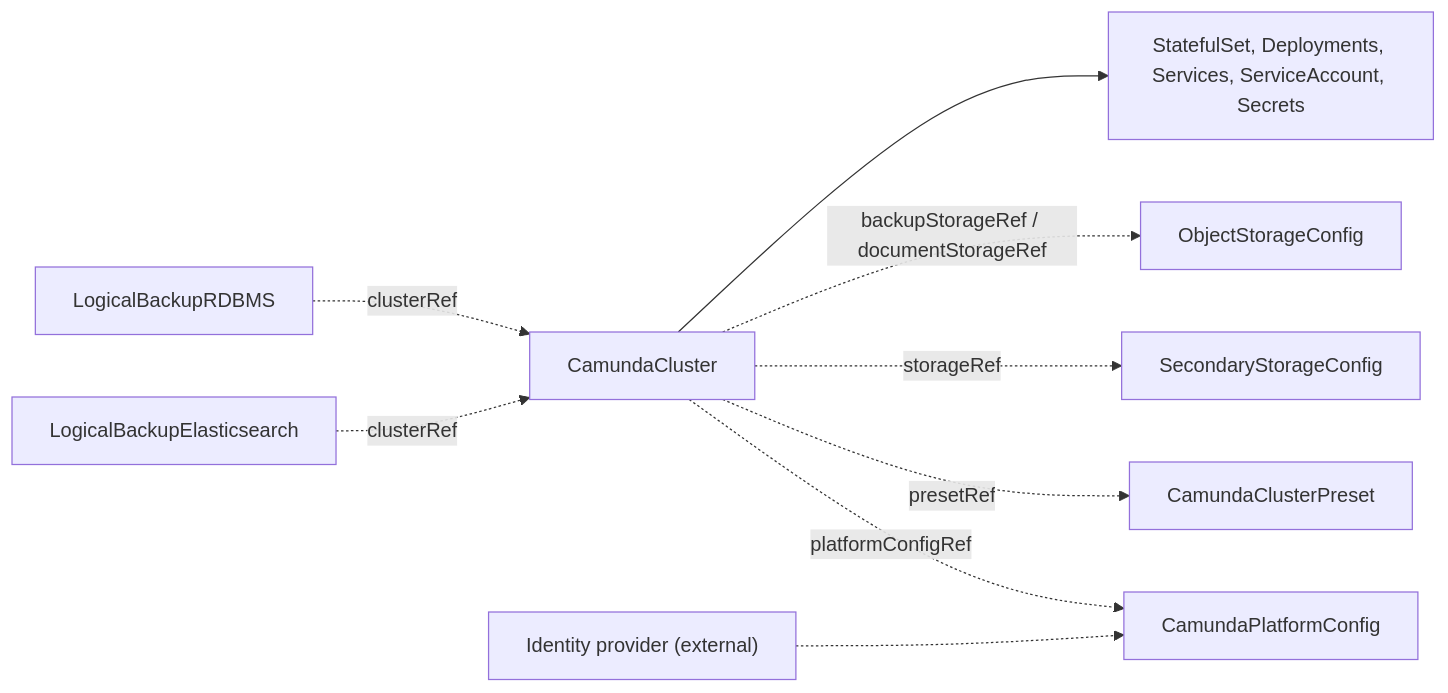
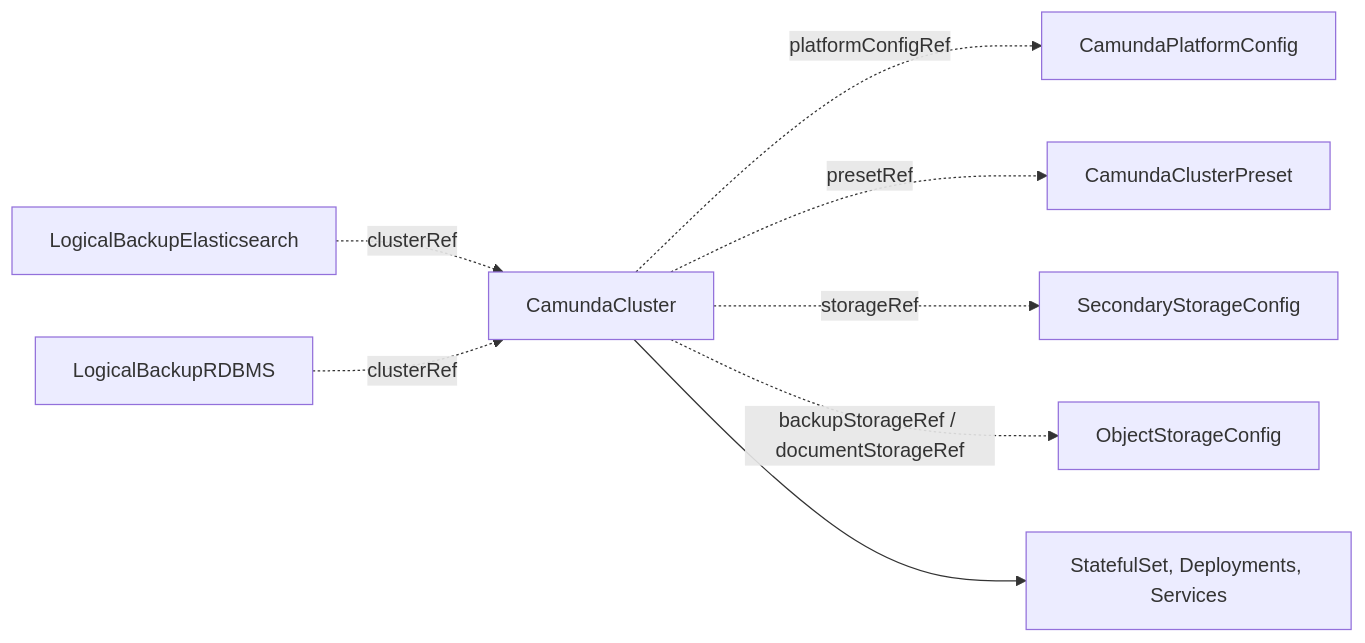
One commit to konsole-is/camunda-operator changed the diagram in docs/crds/camundacluster.md. Above: the diagram before and after it, drawn with Mermaid. The commit also changed other lines of this file and 15 other files, not shown here.

````diff
--- a/docs/crds/camundacluster.md
+++ b/docs/crds/camundacluster.md
@@ -30,11 +21,10 @@
 ```mermaid
 graph LR
     CC[CamundaCluster] -.->|platformConfigRef| PFC[CamundaPlatformConfig]
     CC -.->|presetRef| CCP[CamundaClusterPreset]
     CC -.->|storageRef| SSC[SecondaryStorageConfig]
     CC -.->|backupStorageRef / documentStorageRef| OSC[ObjectStorageConfig]
-    CC --> WL["StatefulSet, Deployments, Services, ServiceAccount, Secrets"]
+    CC --> WL["StatefulSet, Deployments, Services"]
     LBE[LogicalBackupElasticsearch] -.->|clusterRef| CC
     LBR[LogicalBackupRDBMS] -.->|clusterRef| CC
-    IDP["Identity provider (external)"] -.-> PFC
 ```
````
